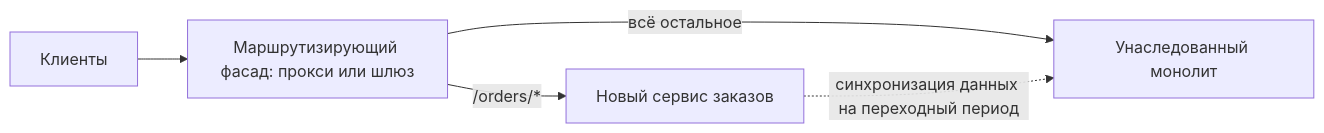
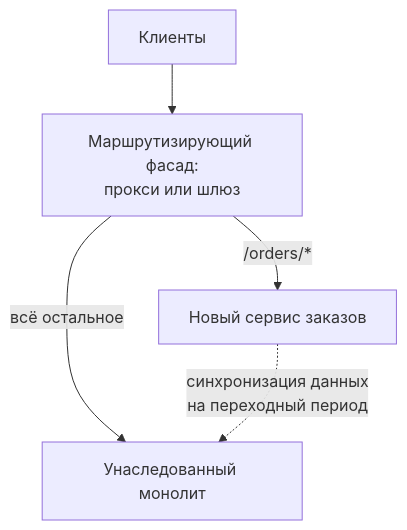
Before and after one commit to butyavk/system-design: the second of 2 diagrams in src/content/docs/ru/architecture/monolith-and-microservices.mdx, drawn with Mermaid. The commit also changed other lines of this file and 144 other files, not shown here.

````diff
--- a/src/content/docs/ru/architecture/monolith-and-microservices.mdx
+++ b/src/content/docs/ru/architecture/monolith-and-microservices.mdx
@@ -100,7 +100,7 @@
 ```mermaid
-flowchart LR
-  client["Клиенты"] --> facade["Маршрутизирующий фасад: прокси или шлюз"]
+flowchart TB
+  client["Клиенты"] --> facade["Маршрутизирующий фасад:<br/>прокси или шлюз"]
   facade -->|"/orders/*"| newsvc["Новый сервис заказов"]
   facade -->|"всё остальное"| legacy["Унаследованный монолит"]
-  newsvc -.->|"синхронизация данных на переходный период"| legacy
+  newsvc -.->|"синхронизация данных<br/>на переходный период"| legacy
 ```
````
